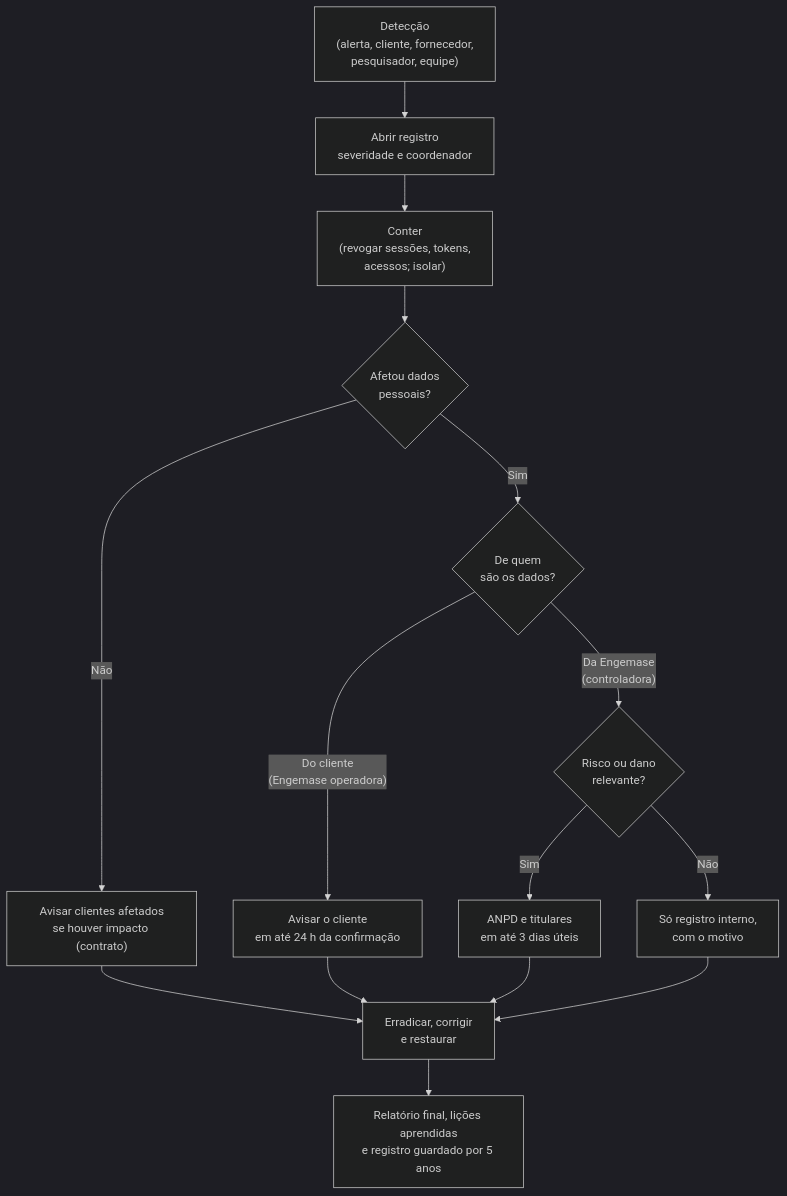
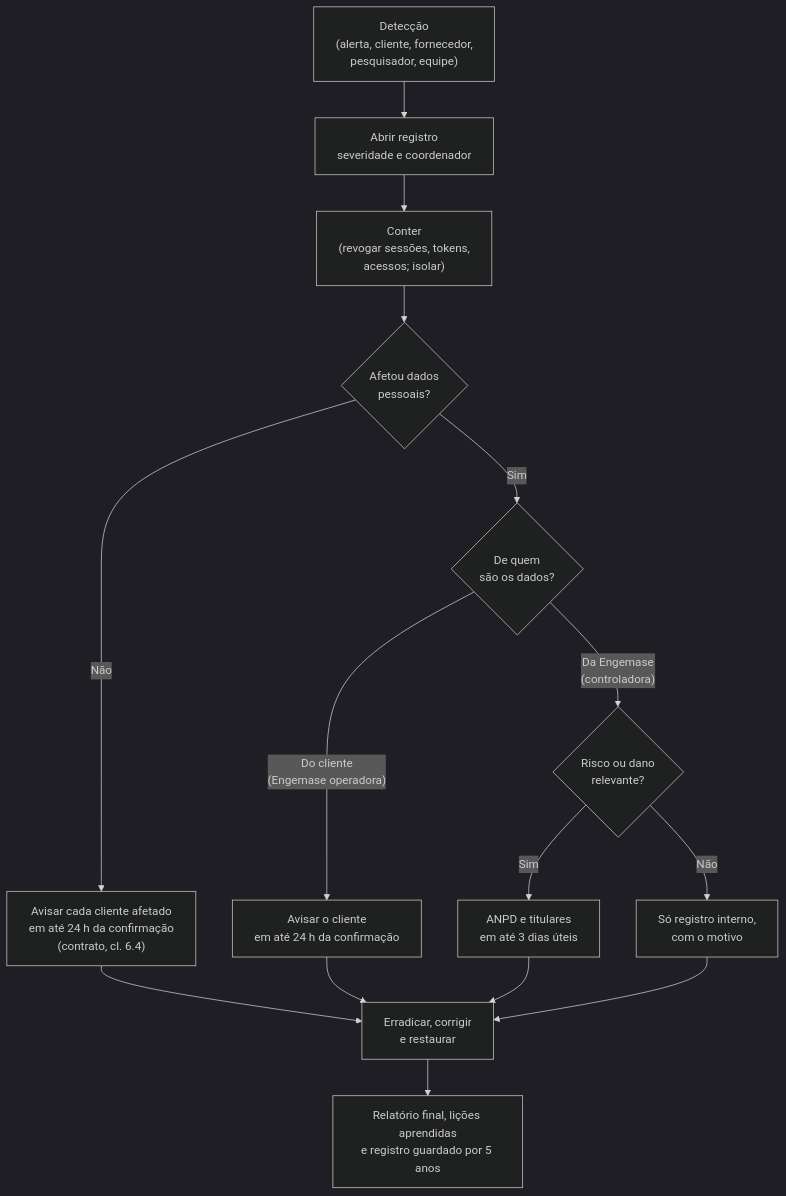
Before and after one commit to EngemaseAutomacao/Engemase-OEE: the diagram in docs/negocio/juridico/06-plano-de-resposta-a-incidentes.md, drawn with Mermaid (dark theme). The commit also changed other lines of this file and 13 other files, not shown here.

````diff
--- a/docs/negocio/juridico/06-plano-de-resposta-a-incidentes.md
+++ b/docs/negocio/juridico/06-plano-de-resposta-a-incidentes.md
@@ -85,17 +87,17 @@
 ```mermaid
 flowchart TD
   A["Detecção<br/>(alerta, cliente, fornecedor,<br/>pesquisador, equipe)"] --> B["Abrir registro<br/>severidade e coordenador"]
   B --> C["Conter<br/>(revogar sessões, tokens,<br/>acessos; isolar)"]
   C --> D{"Afetou dados<br/>pessoais?"}
-  D -->|"Não"| E["Avisar clientes afetados<br/>se houver impacto (contrato)"]
+  D -->|"Não"| E["Avisar cada cliente afetado<br/>em até 24 h da confirmação<br/>(contrato, cl. 6.4)"]
   D -->|"Sim"| F{"De quem<br/>são os dados?"}
   F -->|"Do cliente<br/>(Engemase operadora)"| G["Avisar o cliente<br/>em até 24 h da confirmação"]
   F -->|"Da Engemase<br/>(controladora)"| H{"Risco ou dano<br/>relevante?"}
   H -->|"Sim"| I["ANPD e titulares<br/>em até 3 dias úteis"]
   H -->|"Não"| J["Só registro interno,<br/>com o motivo"]
   E --> K["Erradicar, corrigir<br/>e restaurar"]
   G --> K
   I --> K
   J --> K
   K --> L["Relatório final, lições aprendidas<br/>e registro guardado por 5 anos"]
 ```
````
